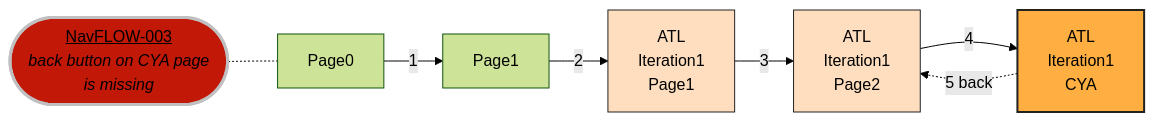
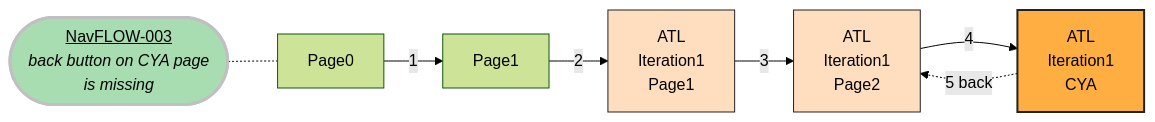
One commit to hmrc/gform-frontend changed the third of 20 diagrams in Navigation.md. Above: the diagram before and after it, drawn with Mermaid. The commit also changed other lines of this file, not shown here.

Commit message:
Navigation red -> green title

````diff
--- a/Navigation.md
+++ b/Navigation.md
@@ -54,28 +54,30 @@
 ```mermaid
 %%{init: {'theme': 'forest', "flowchart" : { "curve" : "basis" } } }%%
 graph LR;
     title([<u>NavFLOW-003</u><br><i>back button on CYA page <br>is missing])
     title -.- Page0
     Page0 --> |1| Page1
     Page1 --> |2| ATLPage1["ATL<br>Iteration1<br>Page1"]
 
     ATLPage1 --> |3| ATLPage2["ATL<br>Iteration1<br>Page2"]
     ATLPage2 --> |4| ATLCYA11[ATL<br>Iteration1<br>CYA]
 
     ATLCYA11 -.5 back.-> ATLPage2
 
 
     classDef orange fill:#fedebe,stroke:#222,stroke-width:1px
     classDef orangeCYA fill:#ffaf42,stroke:#222,stroke-width:2px
     classDef orangeRepeater fill:#fe6e00,stroke:#222,stroke-width:3px
     class ATLRepeater orangeRepeater
     class ATLPage2 orange
     class ATLPage1 orange
     class ATLPage12 orange
     class ATLPage22 orange
     class ATLRepeater2 orangeRepeater
     class ATLCYA11 orangeCYA
     classDef redTitle fill:#c21807 ,stroke:#c0c0c2,stroke-width:3px
-    class title redTitle
+    classDef greenTitle fill:#a8ddb1 ,stroke:#c0c0c2,stroke-width:3px
+    class title greenTitle
+
 
 ```
````
